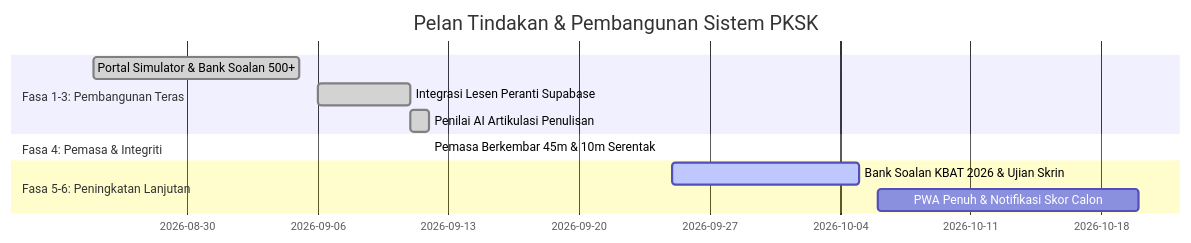
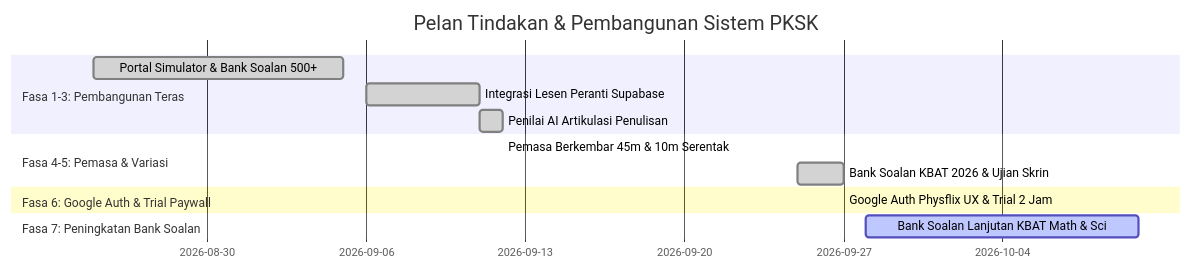
Before and after one commit to abdulhalimroslan2/PKSK: the diagram in ROADMAP.md, drawn with Mermaid. The commit also changed other lines of this file and 1 other file, not shown here.

Commit message:
docs: kemas kini PROJECT_FLOW.md & ROADMAP.md (Fasa 6 Selesai & Checkpoint Handoff)

````diff
--- a/ROADMAP.md
+++ b/ROADMAP.md
@@ -10,14 +10,16 @@
 ```mermaid
 gantt
     title Pelan Tindakan & Pembangunan Sistem PKSK
     dateFormat  YYYY-MM-DD
     section Fasa 1-3: Pembangunan Teras
     Portal Simulator & Bank Soalan 500+   :done, f1, 2026-08-25, 2026-09-05
     Integrasi Lesen Peranti Supabase     :done, f2, 2026-09-06, 2026-09-11
     Penilai AI Artikulasi Penulisan      :done, f3, 2026-09-11, 2026-09-12
-    section Fasa 4: Pemasa & Integriti
+    section Fasa 4-5: Pemasa & Variasi
     Pemasa Berkembar 45m & 10m Serentak   :done, f4, 2026-09-12, 2026-09-12
-    section Fasa 5-6: Peningkatan Lanjutan
-    Bank Soalan KBAT 2026 & Ujian Skrin   :active, f5, 2026-09-25, 2026-10-05
-    PWA Penuh & Notifikasi Skor Calon     : f6, 2026-10-06, 2026-10-20
+    Bank Soalan KBAT 2026 & Ujian Skrin   :done, f5, 2026-09-25, 2026-09-27
+    section Fasa 6: Google Auth & Trial Paywall
+    Google Auth Physflix UX & Trial 2 Jam :done, f6, 2026-09-27, 2026-09-27
+    section Fasa 7: Peningkatan Bank Soalan
+    Bank Soalan Lanjutan KBAT Math & Sci  :active, f7, 2026-09-28, 2026-10-10
 ```
````
